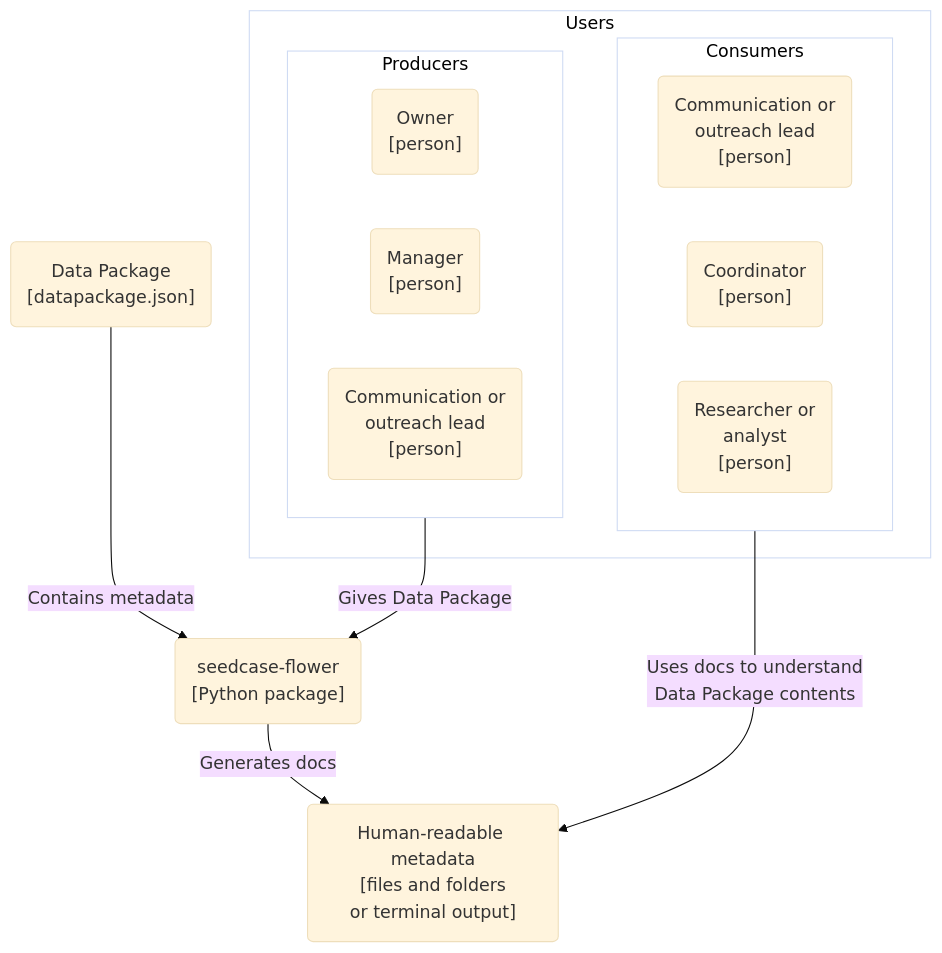
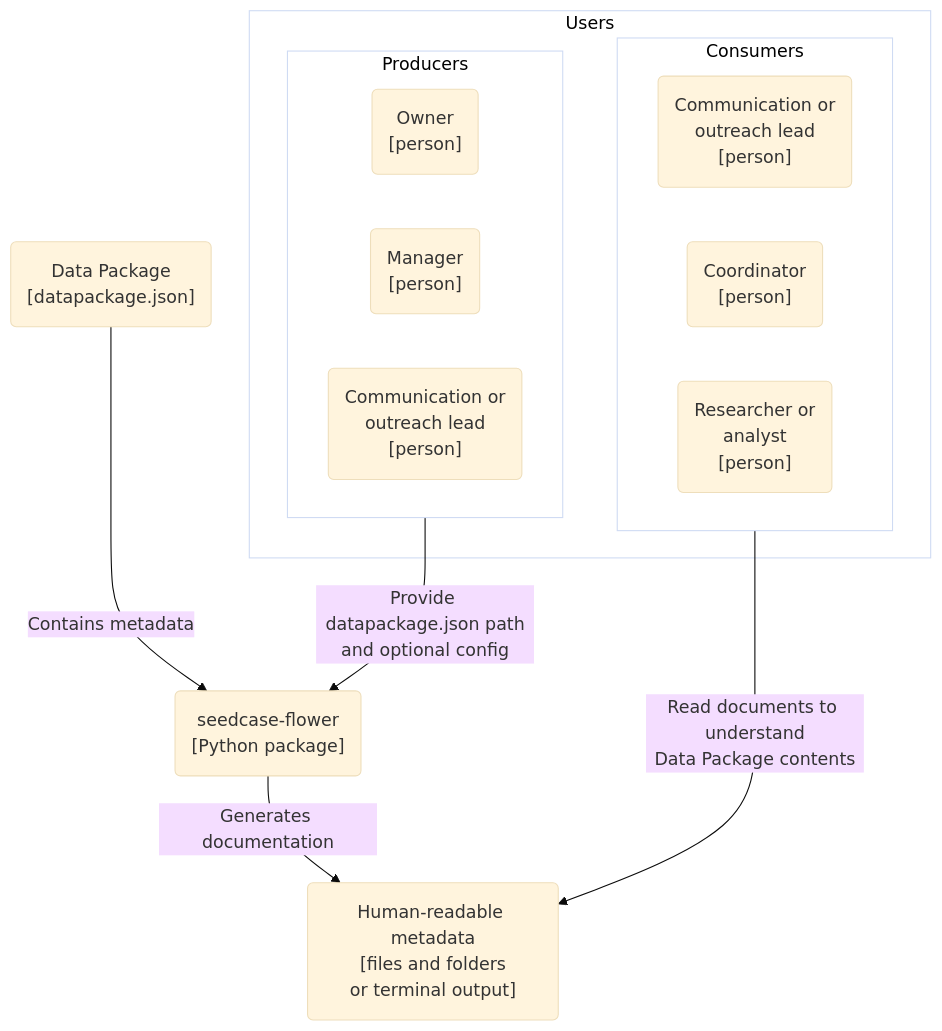
One commit to seedcase-project/seedcase-flower changed the first of 3 diagrams in docs/design/architecture.qmd. Above: the diagram before and after it, drawn with Mermaid (base theme). The commit also changed other lines of this file, not shown here.

Commit message:
docs: :pencil2: minor rewrites of edge texts

````diff
--- a/docs/design/architecture.qmd
+++ b/docs/design/architecture.qmd
@@ -122,37 +122,37 @@
 ```{mermaid}
 %%| label: fig-c4-context
 %%| fig-cap: "C4 system context diagram showing the anticipated users and external systems Flower interacts with."
 flowchart
 
     subgraph Users
         Producers["Producer users"]
         Consumers["Consumer users"]
     end
 
     subgraph Producers
         user_owner("Owner<br>[person]")
         user_manager("Manager<br>[person]")
         user_communicator1("Communication or<br>outreach lead<br>[person]")
     end
 
     subgraph Consumers
         user_communicator2("Communication or<br>outreach lead<br>[person]")
         user_coordinator("Coordinator<br>[person]")
         user_researcher("Researcher or<br>analyst<br>[person]")
     end
 
     datapackage("Data Package<br>[datapackage.json]")
     flower("seedcase-flower<br>[Python package]")
 
     output("Human-readable metadata<br>[files and folders<br>or terminal output]")
 
     datapackage --"Contains metadata"--> flower
-    Producers --"Gives Data Package"--> flower
-    flower --"Generates docs"--> output
-    Consumers --"Uses docs to understand<br>Data Package contents"--> output
+    Producers --"Provide datapackage.json path<br>and optional config"--> flower
+    flower --"Generates documentation"--> output
+    Consumers --"Read documents to understand<br>Data Package contents"--> output
 
     %% Styling
     style Producers fill:#FFFFFF, color:#000000
     style Consumers fill:#FFFFFF, color:#000000
     style Users fill:#FFFFFF, color:#000000
 ```
````
